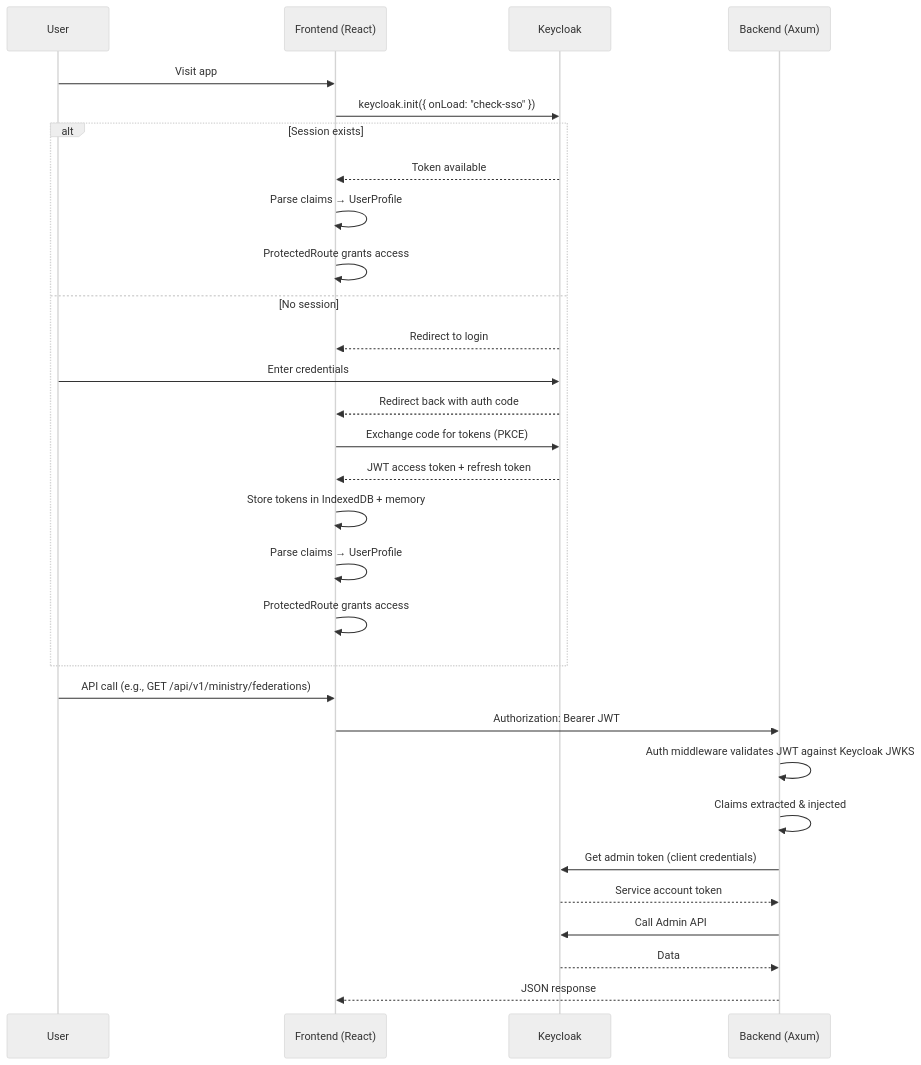
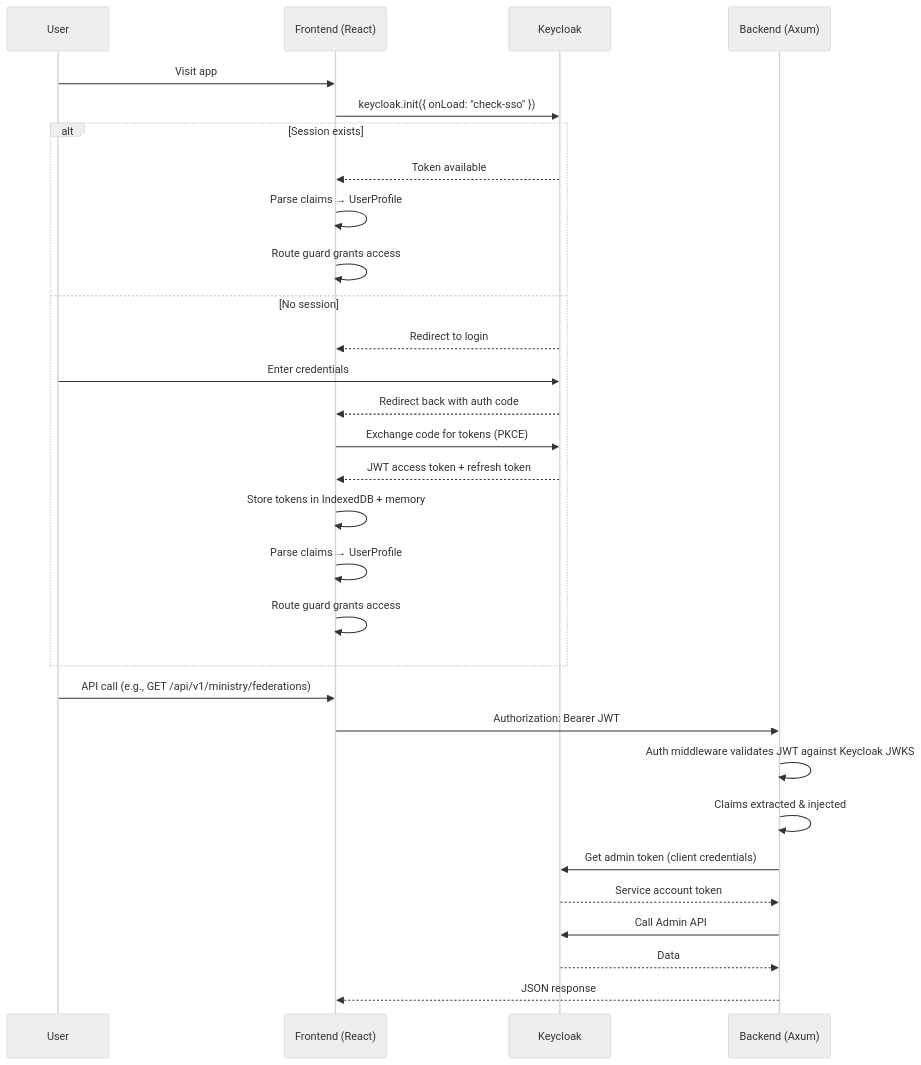
The sixth of 10 diagrams in docs/architecture/RBAC_AND_AUTH_SYSTEM.md (ADORSYS-GIS/CoopData), drawn with Mermaid (neutral theme) before and after one commit. The commit also changed other lines of this file and 42 other files, not shown here.

````diff
--- a/docs/architecture/RBAC_AND_AUTH_SYSTEM.md
+++ b/docs/architecture/RBAC_AND_AUTH_SYSTEM.md
@@ -563,35 +563,35 @@
 ```mermaid
 sequenceDiagram
     participant User
     participant Frontend as Frontend (React)
     participant Keycloak as Keycloak
     participant Backend as Backend (Axum)
 
     User->>Frontend: Visit app
     Frontend->>Keycloak: keycloak.init({ onLoad: "check-sso" })
 
     alt Session exists
         Keycloak-->>Frontend: Token available
         Frontend->>Frontend: Parse claims → UserProfile
-        Frontend->>Frontend: ProtectedRoute grants access
+        Frontend->>Frontend: Route guard grants access
     else No session
         Keycloak-->>Frontend: Redirect to login
         User->>Keycloak: Enter credentials
         Keycloak-->>Frontend: Redirect back with auth code
         Frontend->>Keycloak: Exchange code for tokens (PKCE)
         Keycloak-->>Frontend: JWT access token + refresh token
         Frontend->>Frontend: Store tokens in IndexedDB + memory
         Frontend->>Frontend: Parse claims → UserProfile
-        Frontend->>Frontend: ProtectedRoute grants access
+        Frontend->>Frontend: Route guard grants access
     end
 
     User->>Frontend: API call (e.g., GET /api/v1/ministry/federations)
     Frontend->>Backend: Authorization: Bearer JWT
     Backend->>Backend: Auth middleware validates JWT against Keycloak JWKS
     Backend->>Backend: Claims extracted & injected
     Backend->>Keycloak: Get admin token (client credentials)
     Keycloak-->>Backend: Service account token
     Backend->>Keycloak: Call Admin API
     Keycloak-->>Backend: Data
     Backend-->>Frontend: JSON response
 ```
````
